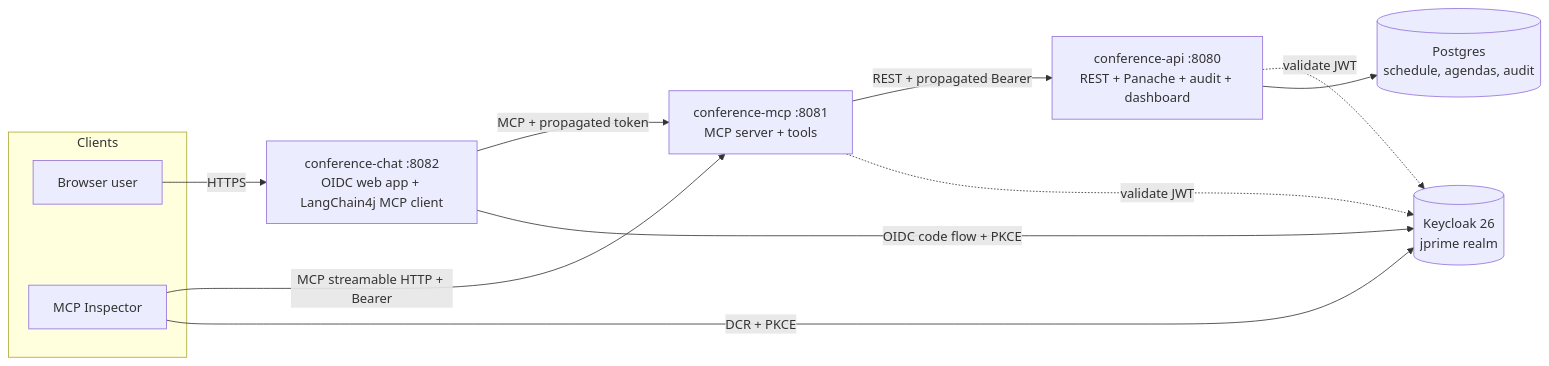
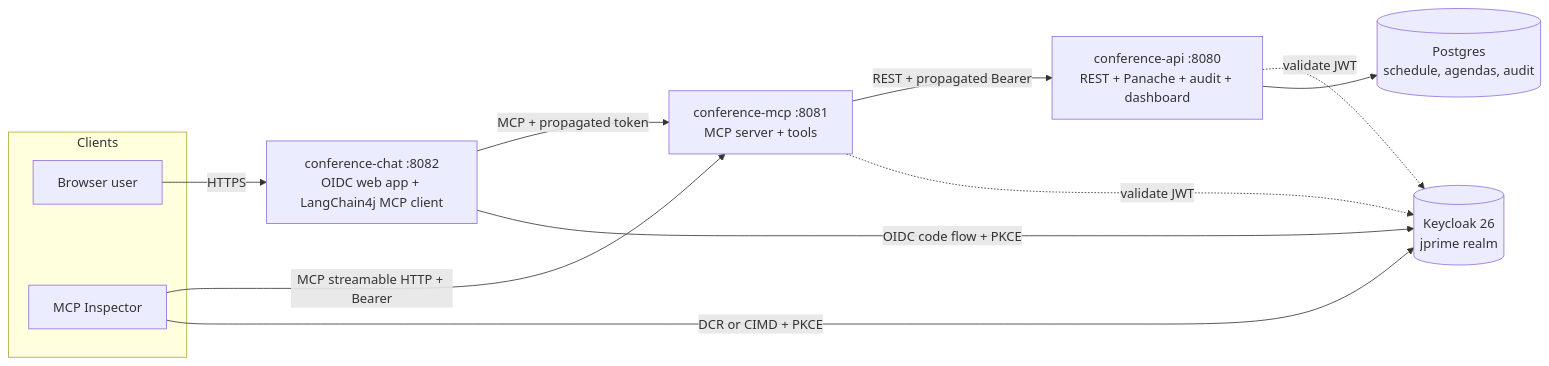
One commit to wjglerum/quarkus-mcp-jprime-2026 changed the first of 2 diagrams in README.md. Above: the diagram before and after it, drawn with Mermaid. The commit also changed other lines of this file and 5 other files, not shown here.

First line of the commit message:
Add CIMD client registration showcase alongside DCR (#11)

````diff
--- a/README.md
+++ b/README.md
@@ -25,23 +25,23 @@
 ```mermaid
 graph LR
   subgraph clients[Clients]
     USR[Browser user]
     INS[MCP Inspector]
   end
 
   CHAT["conference-chat :8082<br/>OIDC web app + LangChain4j MCP client"]
   MCP["conference-mcp :8081<br/>MCP server + tools"]
   API["conference-api :8080<br/>REST + Panache + audit + dashboard"]
   KC[("Keycloak 26<br/>jprime realm")]
   DB[("Postgres<br/>schedule, agendas, audit")]
 
   USR -->|HTTPS| CHAT
   INS -->|MCP streamable HTTP + Bearer| MCP
   CHAT -->|MCP + propagated token| MCP
   CHAT -->|OIDC code flow + PKCE| KC
-  INS -->|DCR + PKCE| KC
+  INS -->|DCR or CIMD + PKCE| KC
   MCP -->|REST + propagated Bearer| API
   MCP -.->|validate JWT| KC
   API -.->|validate JWT| KC
   API --> DB
 ```
````
